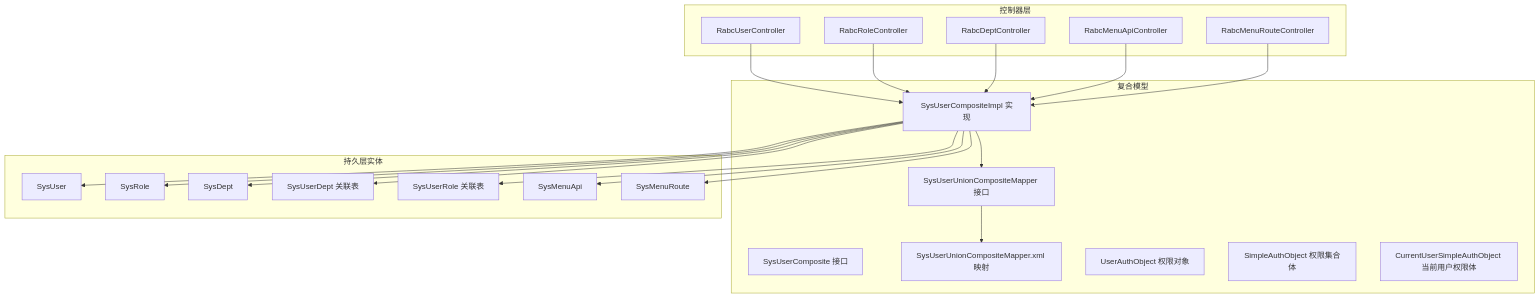
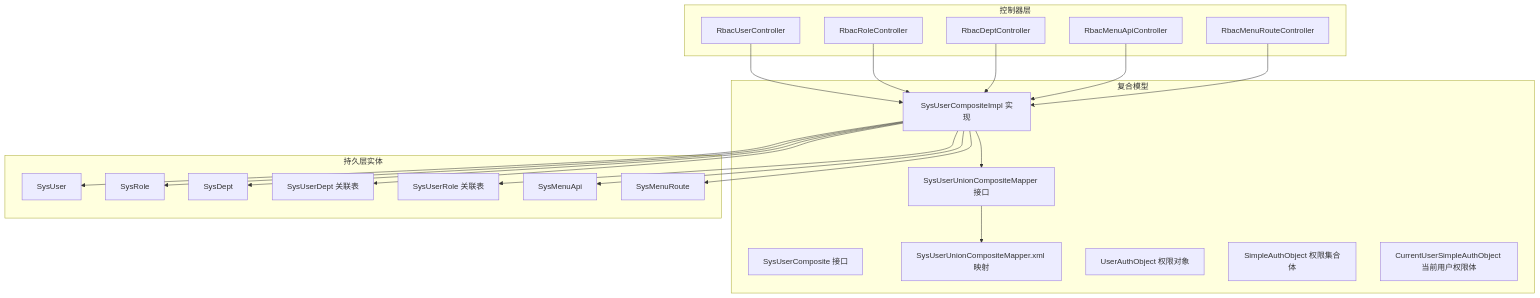
One commit to LiukewenSC/kewen-framework changed the first of 6 diagrams in .qoder/repowiki/zh/content/权限系统 (qy-auth)/RBAC实现 (auth-rbac)/RBAC实现 (auth-rbac).md. Above: the diagram before and after it, drawn with Mermaid. The commit also changed other lines of this file and 764 other files, not shown here.

````diff
--- a/.qoder/repowiki/zh/content/权限系统 (qy-auth)/RBAC实现 (auth-rbac)/RBAC实现 (auth-rbac).md
+++ b/.qoder/repowiki/zh/content/权限系统 (qy-auth)/RBAC实现 (auth-rbac)/RBAC实现 (auth-rbac).md
@@ -50,42 +50,42 @@
 ```mermaid
 graph TB
 subgraph "控制器层"
-C1["RabcUserController"]
-C2["RabcRoleController"]
-C3["RabcDeptController"]
-C4["RabcMenuApiController"]
-C5["RabcMenuRouteController"]
+C1["RbacUserController"]
+C2["RbacRoleController"]
+C3["RbacDeptController"]
+C4["RbacMenuApiController"]
+C5["RbacMenuRouteController"]
 end
 subgraph "复合模型"
 F1["SysUserComposite 接口"]
 F2["SysUserCompositeImpl 实现"]
 F3["SysUserUnionCompositeMapper 接口"]
 F4["SysUserUnionCompositeMapper.xml 映射"]
 F5["UserAuthObject 权限对象"]
 F6["SimpleAuthObject 权限集合体"]
 F7["CurrentUserSimpleAuthObject 当前用户权限体"]
 end
 subgraph "持久层实体"
 E1["SysUser"]
 E2["SysRole"]
 E3["SysDept"]
 E4["SysUserDept 关联表"]
 E5["SysUserRole 关联表"]
 E6["SysMenuApi"]
 E7["SysMenuRoute"]
 end
 C1 --> F2
 C2 --> F2
 C3 --> F2
 C4 --> F2
 C5 --> F2
 F2 --> F3
 F3 --> F4
 F2 --> E1
 F2 --> E2
 F2 --> E3
 F2 --> E4
 F2 --> E5
 F2 --> E6
 F2 --> E7
 ```
````
